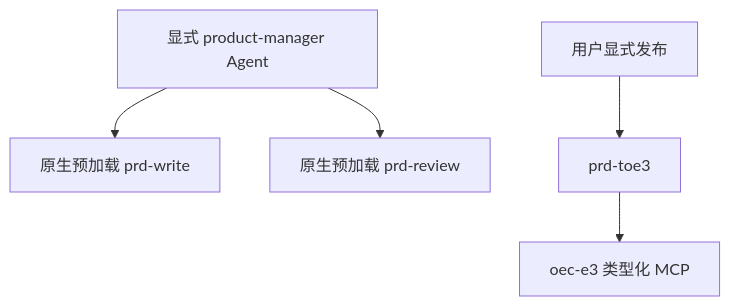
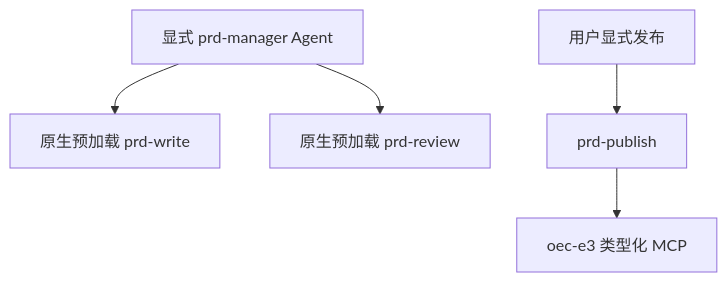
One commit to quanxinwang18-a11y/plainOEC-infra changed the third of 3 diagrams in docs/reviews/pm-implementation-review.md. Above: the diagram before and after it, drawn with Mermaid. The commit also changed other lines of this file and 179 other files, not shown here.

````diff
--- a/docs/reviews/pm-implementation-review.md
+++ b/docs/reviews/pm-implementation-review.md
@@ -92,7 +94,7 @@
 ```mermaid
 flowchart TD
-    A["显式 product-manager Agent"] --> W["原生预加载 prd-write"]
+    A["显式 prd-manager Agent"] --> W["原生预加载 prd-write"]
     A --> R["原生预加载 prd-review"]
-    U["用户显式发布"] --> P["prd-toe3"]
+    U["用户显式发布"] --> P["prd-publish"]
     P --> M["oec-e3 类型化 MCP"]
 ```
````
